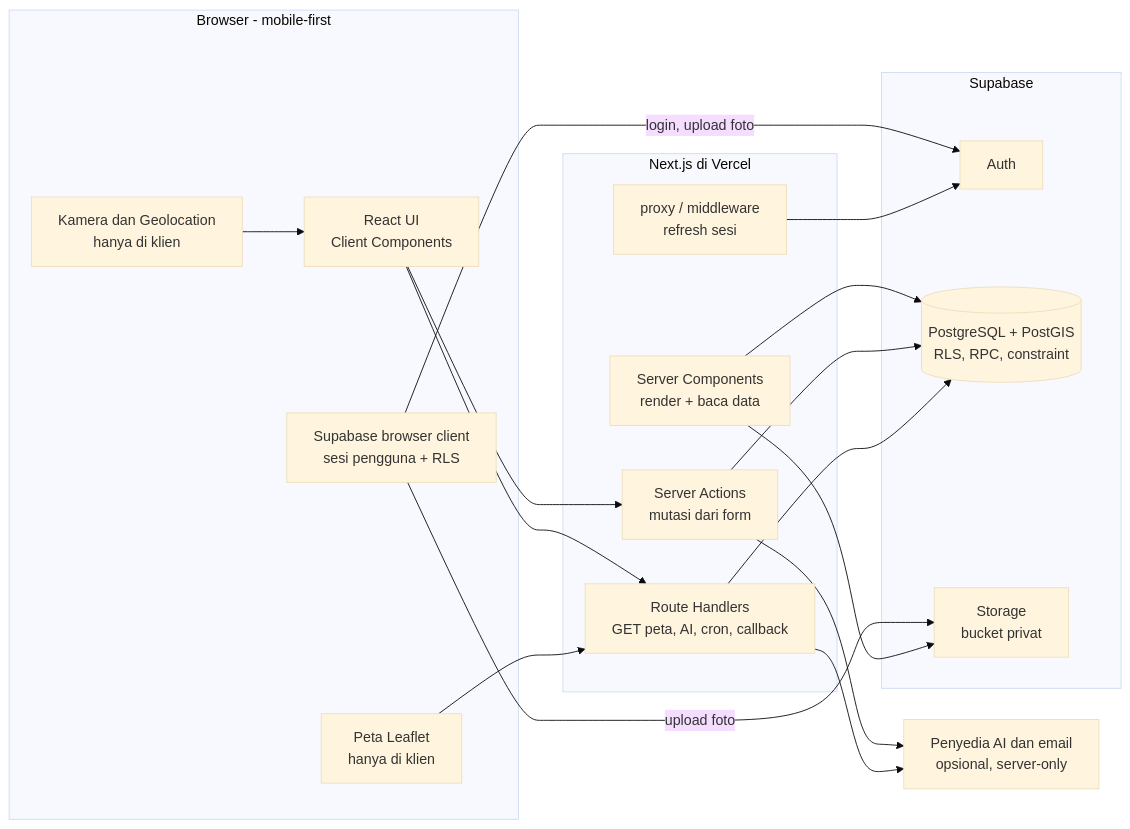
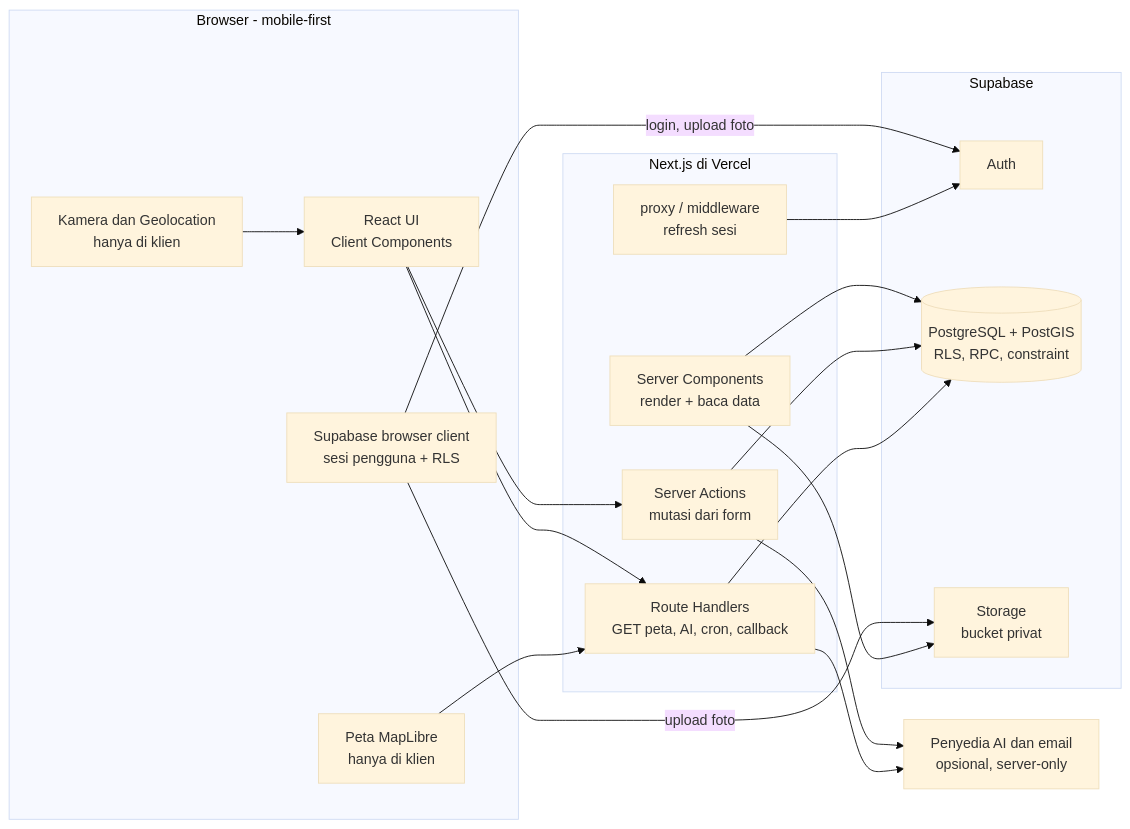
Before and after one commit to Ngab-Rio/Noto-PATI: the first of 5 diagrams in ARCHITECTURE.md, drawn with Mermaid (base theme). The commit also changed other lines of this file and 10 other files, not shown here.

````diff
--- a/ARCHITECTURE.md
+++ b/ARCHITECTURE.md
@@ -53,38 +59,38 @@
 ```mermaid
 flowchart LR
   subgraph Browser["Browser - mobile-first"]
     UI["React UI<br/>Client Components"]
     CAM["Kamera dan Geolocation<br/>hanya di klien"]
-    MAP["Peta Leaflet<br/>hanya di klien"]
+    MAP["Peta MapLibre<br/>hanya di klien"]
     SBC["Supabase browser client<br/>sesi pengguna + RLS"]
   end
 
   subgraph Vercel["Next.js di Vercel"]
     PX["proxy / middleware<br/>refresh sesi"]
     RSC["Server Components<br/>render + baca data"]
     SA["Server Actions<br/>mutasi dari form"]
     RH["Route Handlers<br/>GET peta, AI, cron, callback"]
   end
 
   subgraph Supa["Supabase"]
     AUTH["Auth"]
     DB[("PostgreSQL + PostGIS<br/>RLS, RPC, constraint")]
     STO["Storage<br/>bucket privat"]
   end
 
   EXT["Penyedia AI dan email<br/>opsional, server-only"]
 
   UI --> SA
   UI --> RH
   MAP --> RH
   CAM --> UI
   SBC -- "login, upload foto" --> AUTH
   SBC -- "upload foto" --> STO
   PX --> AUTH
   RSC --> DB
   SA --> DB
   RH --> DB
   RSC --> STO
   SA --> EXT
   RH --> EXT
 ```
````
